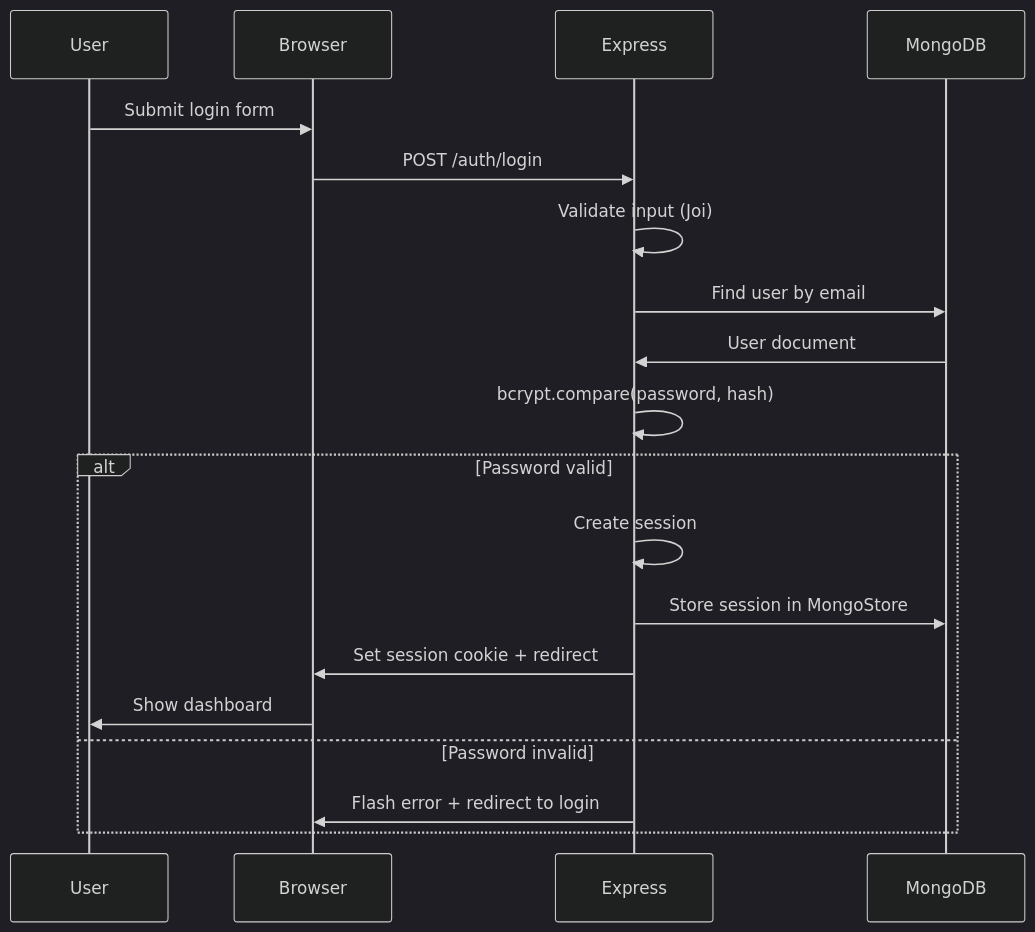
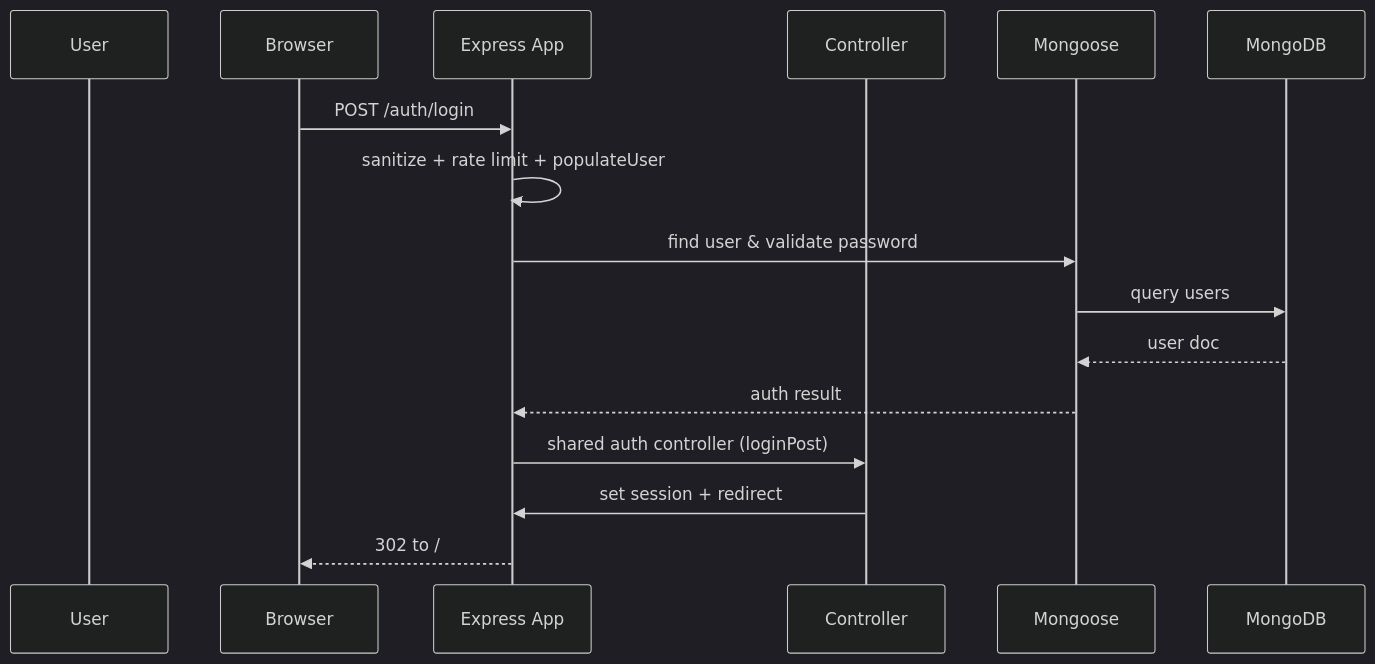
One commit to hutchybop/longrunner-platform changed the third of 4 diagrams in docs/ARCHITECTURE_REFERENCE.md. Above: the diagram before and after it, drawn with Mermaid (dark theme). The commit also changed other lines of this file and 7 other files, not shown here.

````diff
--- a/docs/ARCHITECTURE_REFERENCE.md
+++ b/docs/ARCHITECTURE_REFERENCE.md
@@ -303,22 +207,18 @@
 ```mermaid
 sequenceDiagram
-    participant User
-    participant Browser
-    participant Express
-    participant MongoDB
-    
-    User->>Browser: Submit login form
-    Browser->>Express: POST /auth/login
-    Express->>Express: Validate input (Joi)
-    Express->>MongoDB: Find user by email
-    MongoDB->>Express: User document
-    Express->>Express: bcrypt.compare(password, hash)
-    alt Password valid
-        Express->>Express: Create session
-        Express->>MongoDB: Store session in MongoStore
-        Express->>Browser: Set session cookie + redirect
-        Browser->>User: Show dashboard
-    else Password invalid
-        Express->>Browser: Flash error + redirect to login
-    end
+    participant U as User
+    participant B as Browser
+    participant A as Express App
+    participant C as Controller
+    participant M as Mongoose
+    participant DB as MongoDB
+    B->>A: POST /auth/login
+    A->>A: sanitize + rate limit + populateUser
+    A->>M: find user & validate password
+    M->>DB: query users
+    DB-->>M: user doc
+    M-->>A: auth result
+    A->>C: shared auth controller (loginPost)
+    C->>A: set session + redirect
+    A-->>B: 302 to /
 ```
````
